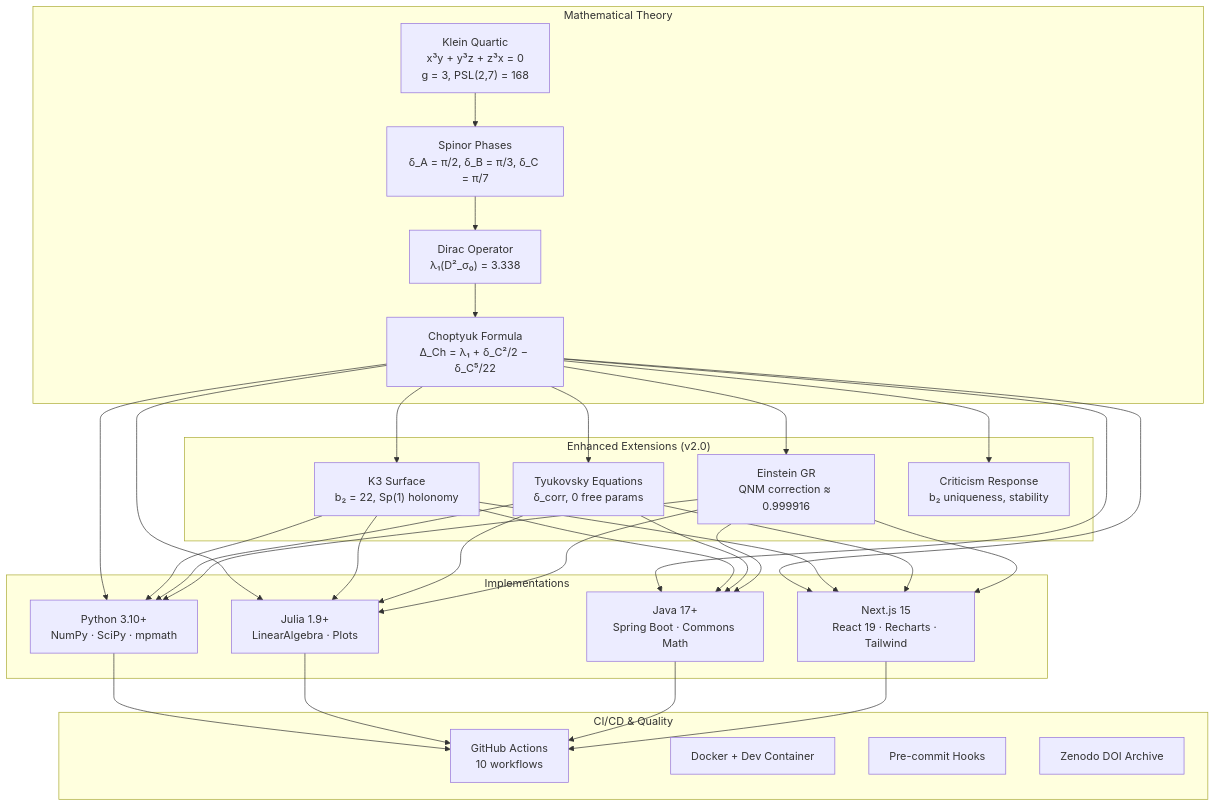
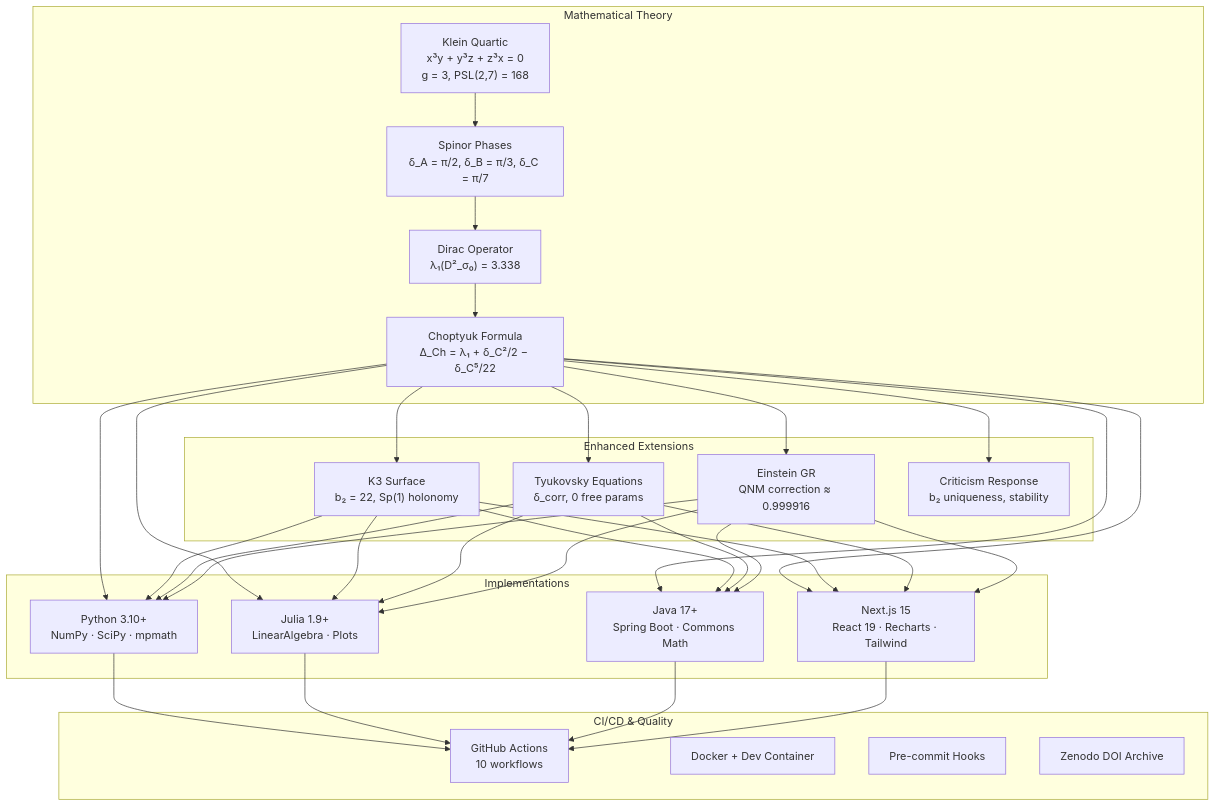
One commit to wild8highlander/choptuik_ac_bc changed the diagram in docs/architecture/ARCHITECTURE.md. Above: the diagram before and after it, drawn with Mermaid. The commit also changed other lines of this file and 77 other files, not shown here.

````diff
--- a/docs/architecture/ARCHITECTURE.md
+++ b/docs/architecture/ARCHITECTURE.md
@@ -7,36 +7,36 @@
 ```mermaid
 flowchart TB
     subgraph Theory["Mathematical Theory"]
         KC["Klein Quartic<br/>x³y + y³z + z³x = 0<br/>g = 3, PSL(2,7) = 168"]
         SP["Spinor Phases<br/>δ_A = π/2, δ_B = π/3, δ_C = π/7"]
         DIR["Dirac Operator<br/>λ₁(D²_σ₀) = 3.338"]
         CH["Choptyuk Formula<br/>Δ_Ch = λ₁ + δ_C²/2 − δ_C⁵/22"]
     end
 
-    subgraph Enhanced["Enhanced Extensions (v2.0)"]
+    subgraph Enhanced["Enhanced Extensions"]
         K3["K3 Surface<br/>b₂ = 22, Sp(1) holonomy"]
         TYK["Tyukovsky Equations<br/>δ_corr, 0 free params"]
         GR["Einstein GR<br/>QNM correction ≈ 0.999916"]
         CRIT["Criticism Response<br/>b₂ uniqueness, stability"]
     end
 
     subgraph Impl["Implementations"]
         PY["Python 3.10+<br/>NumPy · SciPy · mpmath"]
         JL["Julia 1.9+<br/>LinearAlgebra · Plots"]
         JV["Java 17+<br/>Spring Boot · Commons Math"]
         NX["Next.js 15<br/>React 19 · Recharts · Tailwind"]
     end
 
     subgraph CI["CI/CD & Quality"]
         GHA["GitHub Actions<br/>10 workflows"]
         DOC["Docker + Dev Container"]
         HKS["Pre-commit Hooks"]
         ZEN["Zenodo DOI Archive"]
     end
 
     KC --> SP --> DIR --> CH
     CH --> K3 & TYK & GR & CRIT
     CH --> PY & JL & JV & NX
     K3 & TYK & GR --> PY & JL & JV & NX
     PY & JL & JV & NX --> GHA
 ```
````
